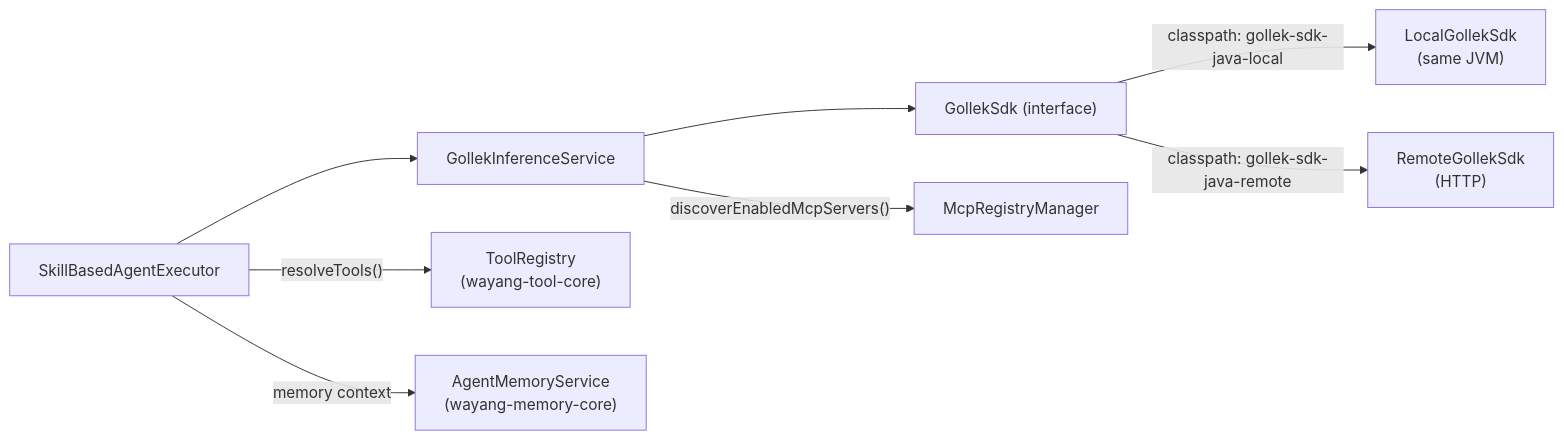
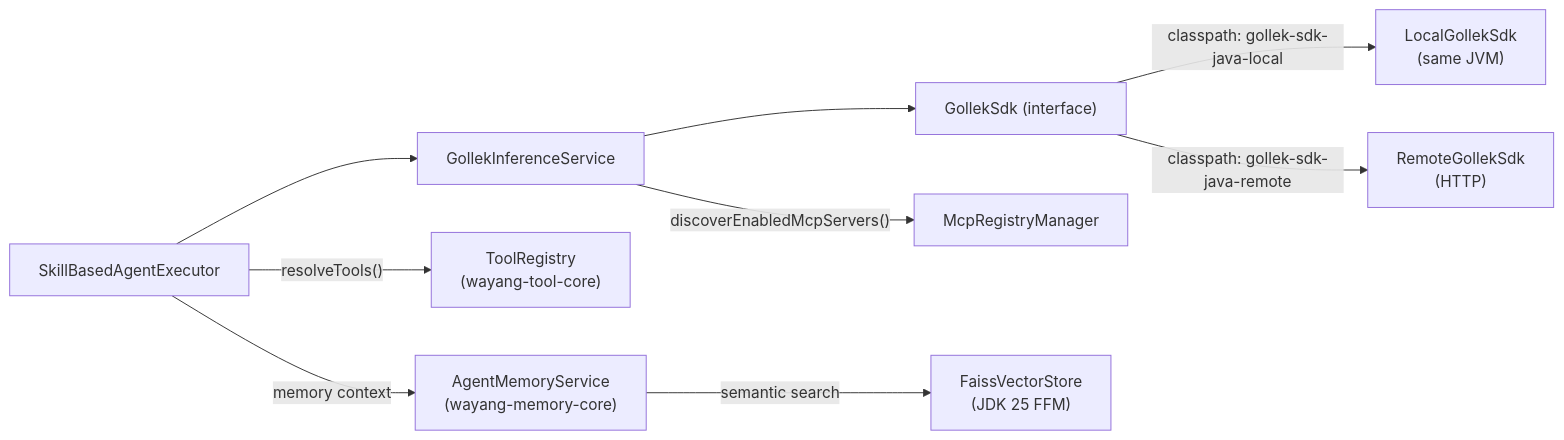
One commit to wayang-ai/wayang-ai.github.io changed the second of 2 diagrams in docs/agent-skills.md. Above: the diagram before and after it, drawn with Mermaid. The commit also changed 3 other files, not shown here.

````diff
--- a/docs/agent-skills.md
+++ b/docs/agent-skills.md
@@ -112,10 +112,11 @@
 ```mermaid
 graph LR
     A["SkillBasedAgentExecutor"] --> B["GollekInferenceService"]
     B --> C["GollekSdk (interface)"]
     C -->|"classpath: gollek-sdk-java-local"| D["LocalGollekSdk<br/>(same JVM)"]
     C -->|"classpath: gollek-sdk-java-remote"| E["RemoteGollekSdk<br/>(HTTP)"]
     B -->|"discoverEnabledMcpServers()"| F["McpRegistryManager"]
     A -->|"resolveTools()"| G["ToolRegistry<br/>(wayang-tool-core)"]
     A -->|"memory context"| H["AgentMemoryService<br/>(wayang-memory-core)"]
+    H -->|"semantic search"| I["FaissVectorStore<br/>(JDK 25 FFM)"]
 ```
````
